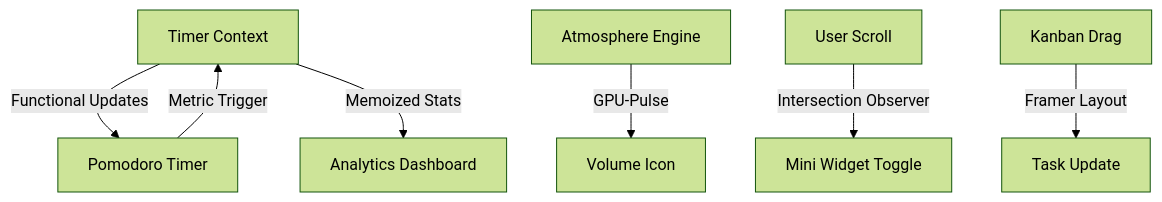
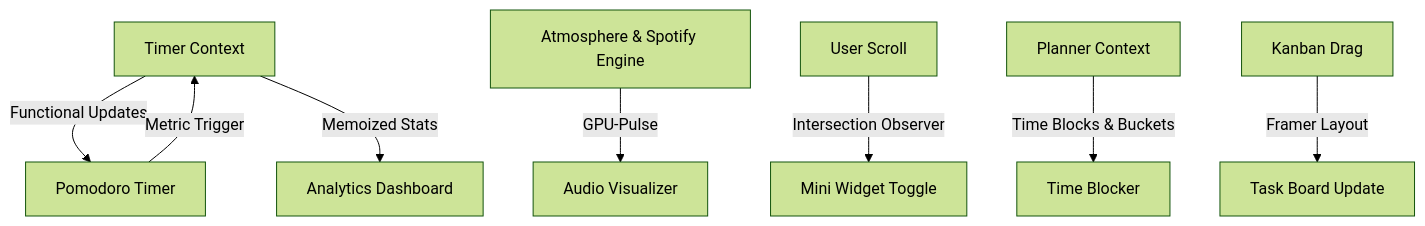
One commit to PriyanshuBh/focusflow changed the diagram in README.md. Above: the diagram before and after it, drawn with Mermaid (forest theme). The commit also changed other lines of this file, not shown here.

Commit message:
docs: update documentation with new layout and architecture details

````diff
--- a/README.md
+++ b/README.md
@@ -94,10 +127,10 @@
 ```mermaid
 graph TD
     A[Timer Context] -->|Functional Updates| B[Pomodoro Timer]
     A -->|Memoized Stats| C[Analytics Dashboard]
-    D[Atmosphere Engine] -->|GPU-Pulse| E[Volume Icon]
+    D[Atmosphere & Spotify Engine] -->|GPU-Pulse| E[Audio Visualizer]
     F[User Scroll] -->|Intersection Observer| G[Mini Widget Toggle]
+    H[Planner Context] -->|Time Blocks & Buckets| I[Time Blocker]
     B -->|Metric Trigger| A
-    H[Kanban Drag] -->|Framer Layout| I[Task Update]
-
+    J[Kanban Drag] -->|Framer Layout| K[Task Board Update]
 ```
````
